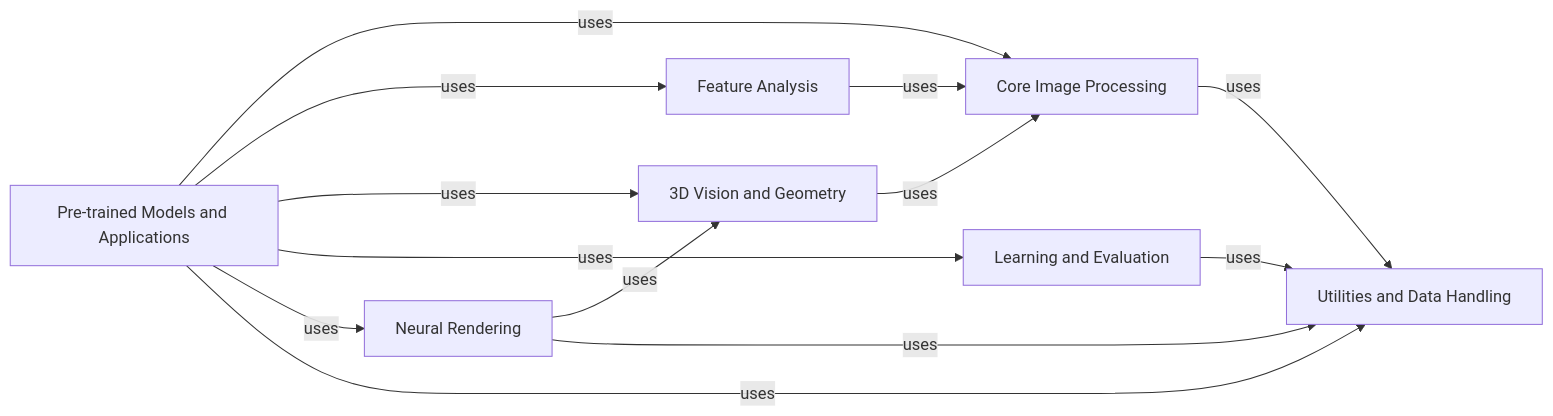
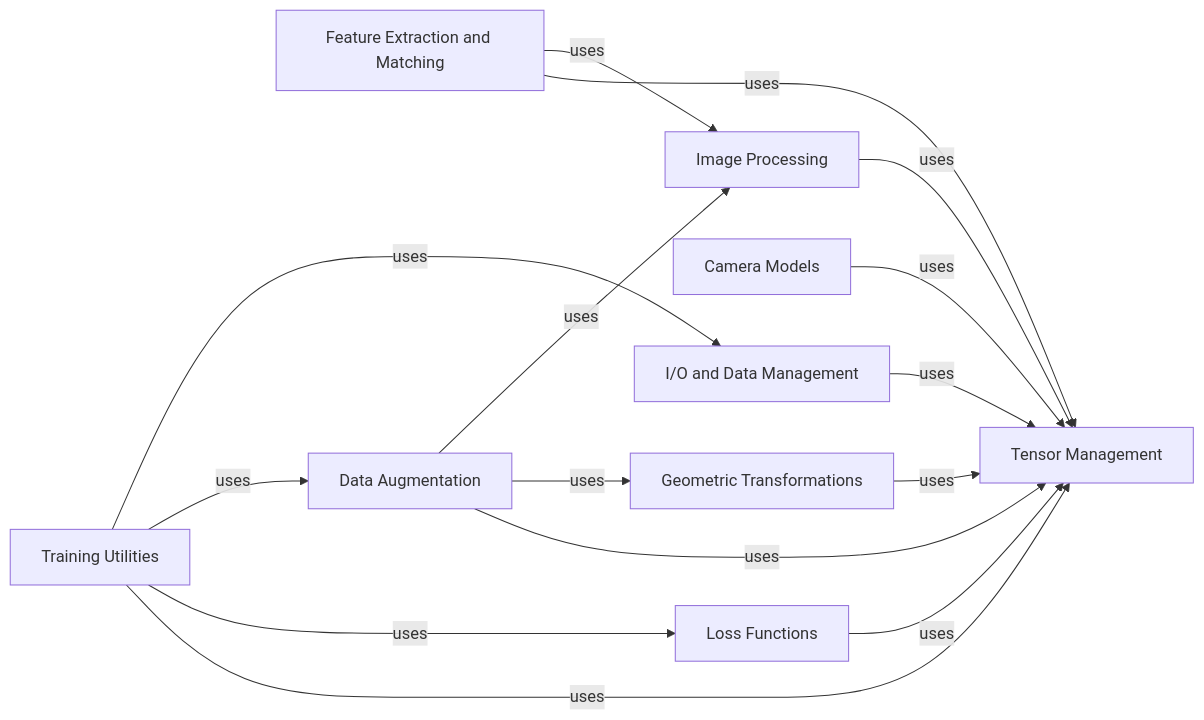
One commit to CodeBoarding/GeneratedOnBoardings changed the diagram in kornia/on_boarding.md. Above: the diagram before and after it, drawn with Mermaid. The commit also changed other lines of this file and 16 other files, not shown here.

````diff
--- a/kornia/on_boarding.md
+++ b/kornia/on_boarding.md
@@ -1,29 +1,35 @@
 ```mermaid
 graph LR
-    Core_Image_Processing["Core Image Processing"]
-    Feature_Analysis["Feature Analysis"]
-    3D_Vision_and_Geometry["3D Vision and Geometry"]
-    Learning_and_Evaluation["Learning and Evaluation"]
-    Neural_Rendering["Neural Rendering"]
-    Pre_trained_Models_and_Applications["Pre-trained Models and Applications"]
-    Utilities_and_Data_Handling["Utilities and Data Handling"]
-    Feature_Analysis -- "uses" --> Core_Image_Processing
-    3D_Vision_and_Geometry -- "uses" --> Core_Image_Processing
-    Neural_Rendering -- "uses" --> 3D_Vision_and_Geometry
-    Neural_Rendering -- "uses" --> Utilities_and_Data_Handling
-    Pre_trained_Models_and_Applications -- "uses" --> Core_Image_Processing
-    Pre_trained_Models_and_Applications -- "uses" --> Feature_Analysis
-    Pre_trained_Models_and_Applications -- "uses" --> 3D_Vision_and_Geometry
-    Pre_trained_Models_and_Applications -- "uses" --> Learning_and_Evaluation
-    Pre_trained_Models_and_Applications -- "uses" --> Neural_Rendering
-    Pre_trained_Models_and_Applications -- "uses" --> Utilities_and_Data_Handling
-    Learning_and_Evaluation -- "uses" --> Utilities_and_Data_Handling
-    Core_Image_Processing -- "uses" --> Utilities_and_Data_Handling
-    click Core_Image_Processing href "https://github.com/CodeBoarding/GeneratedOnBoardings/blob/main/kornia/Core Image Processing.md" "Details"
-    click Feature_Analysis href "https://github.com/CodeBoarding/GeneratedOnBoardings/blob/main/kornia/Feature Analysis.md" "Details"
-    click 3D_Vision_and_Geometry href "https://github.com/CodeBoarding/GeneratedOnBoardings/blob/main/kornia/3D Vision and Geometry.md" "Details"
-    click Learning_and_Evaluation href "https://github.com/CodeBoarding/GeneratedOnBoardings/blob/main/kornia/Learning and Evaluation.md" "Details"
-    click Neural_Rendering href "https://github.com/CodeBoarding/GeneratedOnBoardings/blob/main/kornia/Neural Rendering.md" "Details"
-    click Pre_trained_Models_and_Applications href "https://github.com/CodeBoarding/GeneratedOnBoardings/blob/main/kornia/Pre-trained Models and Applications.md" "Details"
-    click Utilities_and_Data_Handling href "https://github.com/CodeBoarding/GeneratedOnBoardings/blob/main/kornia/Utilities and Data Handling.md" "Details"
+    Tensor_Management["Tensor Management"]
+    Image_Processing["Image Processing"]
+    Geometric_Transformations["Geometric Transformations"]
+    Camera_Models["Camera Models"]
+    Feature_Extraction_and_Matching["Feature Extraction and Matching"]
+    Data_Augmentation["Data Augmentation"]
+    Loss_Functions["Loss Functions"]
+    I_O_and_Data_Management["I/O and Data Management"]
+    Training_Utilities["Training Utilities"]
+    Image_Processing -- "uses" --> Tensor_Management
+    Geometric_Transformations -- "uses" --> Tensor_Management
+    Camera_Models -- "uses" --> Tensor_Management
+    Feature_Extraction_and_Matching -- "uses" --> Tensor_Management
+    Data_Augmentation -- "uses" --> Tensor_Management
+    Loss_Functions -- "uses" --> Tensor_Management
+    I_O_and_Data_Management -- "uses" --> Tensor_Management
+    Training_Utilities -- "uses" --> Tensor_Management
+    Data_Augmentation -- "uses" --> Geometric_Transformations
+    Data_Augmentation -- "uses" --> Image_Processing
+    Training_Utilities -- "uses" --> Loss_Functions
+    Training_Utilities -- "uses" --> Data_Augmentation
+    Feature_Extraction_and_Matching -- "uses" --> Image_Processing
+    Training_Utilities -- "uses" --> I_O_and_Data_Management
+    click Tensor_Management href "https://github.com/CodeBoarding/GeneratedOnBoardings/blob/main/kornia/Tensor Management.md" "Details"
+    click Image_Processing href "https://github.com/CodeBoarding/GeneratedOnBoardings/blob/main/kornia/Image Processing.md" "Details"
+    click Geometric_Transformations href "https://github.com/CodeBoarding/GeneratedOnBoardings/blob/main/kornia/Geometric Transformations.md" "Details"
+    click Camera_Models href "https://github.com/CodeBoarding/GeneratedOnBoardings/blob/main/kornia/Camera Models.md" "Details"
+    click Feature_Extraction_and_Matching href "https://github.com/CodeBoarding/GeneratedOnBoardings/blob/main/kornia/Feature Extraction and Matching.md" "Details"
+    click Data_Augmentation href "https://github.com/CodeBoarding/GeneratedOnBoardings/blob/main/kornia/Data Augmentation.md" "Details"
+    click Loss_Functions href "https://github.com/CodeBoarding/GeneratedOnBoardings/blob/main/kornia/Loss Functions.md" "Details"
+    click I_O_and_Data_Management href "https://github.com/CodeBoarding/GeneratedOnBoardings/blob/main/kornia/I/O and Data Management.md" "Details"
+    click Training_Utilities href "https://github.com/CodeBoarding/GeneratedOnBoardings/blob/main/kornia/Training Utilities.md" "Details"
 ```
````
